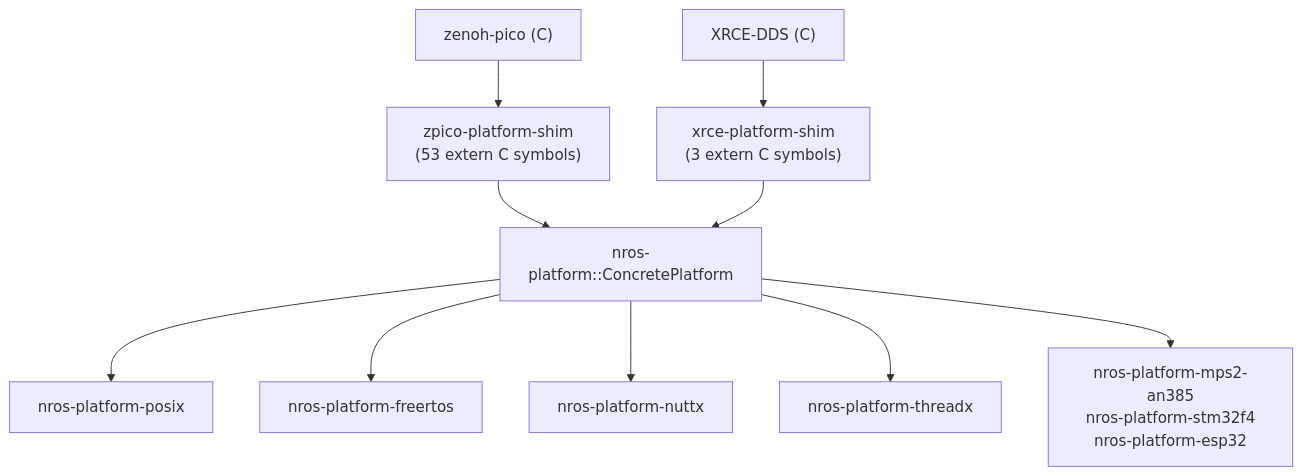
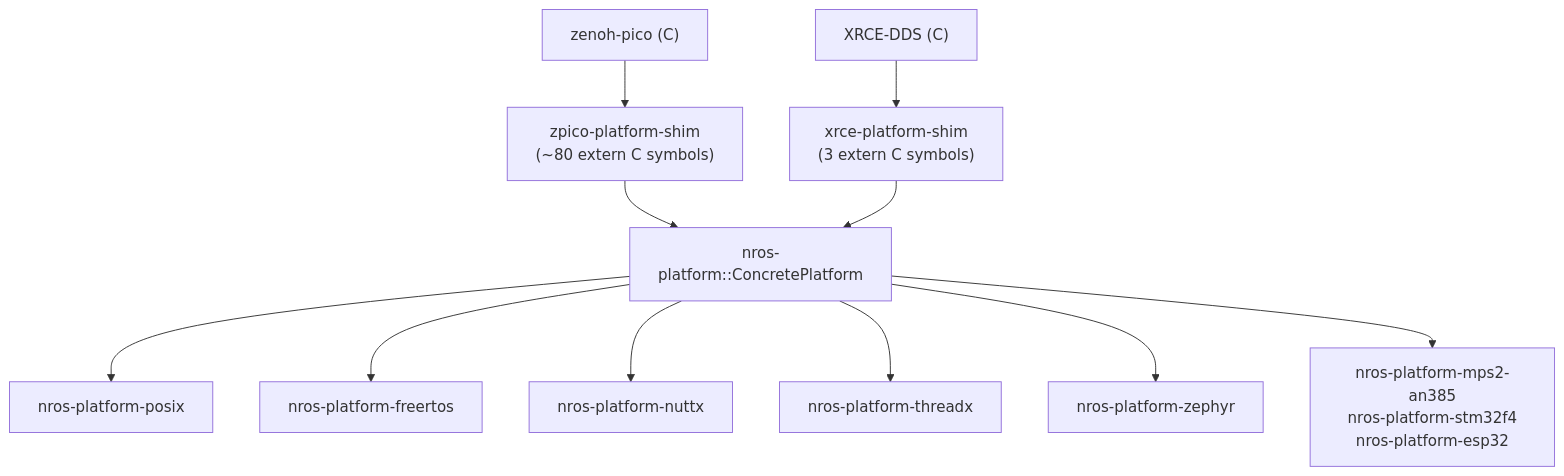
The diagram in book/src/reference/platform-api.md (NEWSLabNTU/nano-ros), drawn with Mermaid before and after one commit. The commit also changed other lines of this file and 10 other files, not shown here.

````diff
--- a/book/src/reference/platform-api.md
+++ b/book/src/reference/platform-api.md
@@ -7,12 +7,13 @@
 ```mermaid
 graph TD
-    ZP["zenoh-pico (C)"] --> ZPSHIM["zpico-platform-shim<br/>(53 extern C symbols)"]
+    ZP["zenoh-pico (C)"] --> ZPSHIM["zpico-platform-shim<br/>(~80 extern C symbols)"]
     XRCE["XRCE-DDS (C)"] --> XSHIM["xrce-platform-shim<br/>(3 extern C symbols)"]
     ZPSHIM --> NP["nros-platform::ConcretePlatform"]
     XSHIM --> NP
     NP --> POSIX["nros-platform-posix"]
     NP --> FREERTOS["nros-platform-freertos"]
     NP --> NUTTX["nros-platform-nuttx"]
     NP --> THREADX["nros-platform-threadx"]
+    NP --> ZEPHYR["nros-platform-zephyr"]
     NP --> BM["nros-platform-mps2-an385<br/>nros-platform-stm32f4<br/>nros-platform-esp32"]
 ```
````
